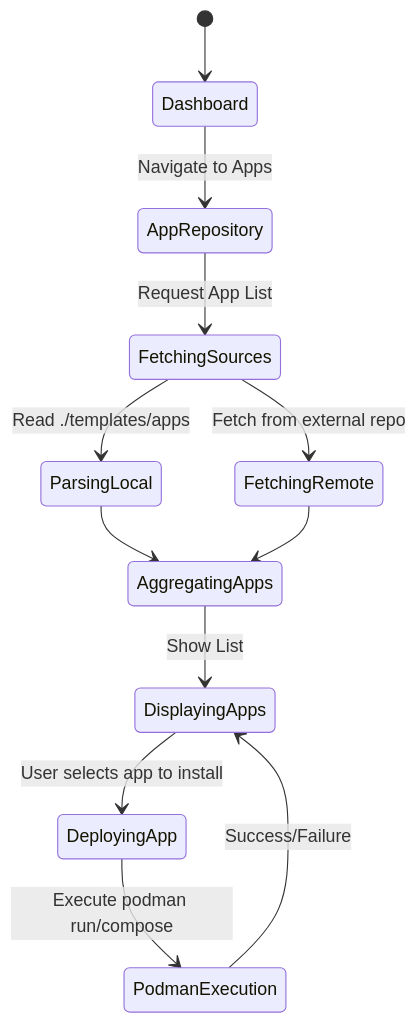
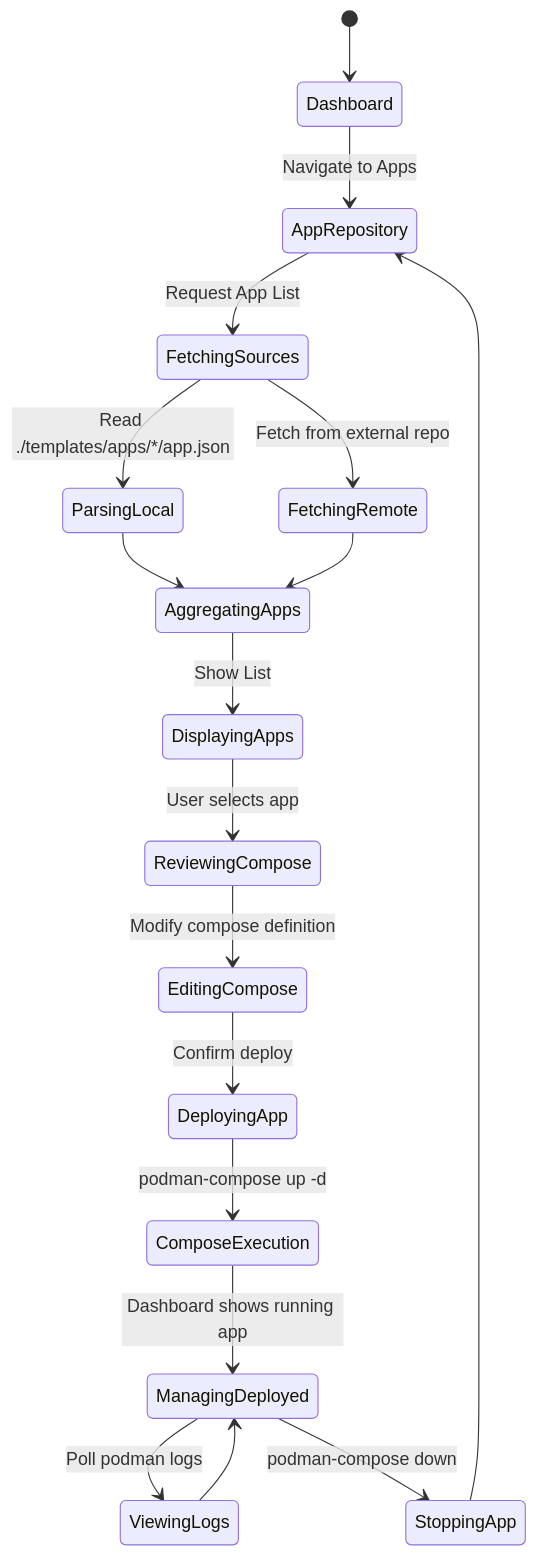
The second of 3 diagrams in report/srs.md (sounddrill31/NASy-Peasy-Dashboard), drawn with Mermaid before and after one commit. The commit also changed other lines of this file and 14 other files, not shown here.

````diff
--- a/report/srs.md
+++ b/report/srs.md
@@ -54,14 +54,20 @@
 ```mermaid
 stateDiagram-v2
     [*] --> Dashboard
     Dashboard --> AppRepository: Navigate to Apps
     AppRepository --> FetchingSources: Request App List
-    FetchingSources --> ParsingLocal: Read ./templates/apps
+    FetchingSources --> ParsingLocal: Read ./templates/apps/*/app.json
     FetchingSources --> FetchingRemote: Fetch from external repo
     ParsingLocal --> AggregatingApps
     FetchingRemote --> AggregatingApps
     AggregatingApps --> DisplayingApps: Show List
-    DisplayingApps --> DeployingApp: User selects app to install
-    DeployingApp --> PodmanExecution: Execute podman run/compose
-    PodmanExecution --> DisplayingApps: Success/Failure
+    DisplayingApps --> ReviewingCompose: User selects app
+    ReviewingCompose --> EditingCompose: Modify compose definition
+    EditingCompose --> DeployingApp: Confirm deploy
+    DeployingApp --> ComposeExecution: podman-compose up -d
+    ComposeExecution --> ManagingDeployed: Dashboard shows running app
+    ManagingDeployed --> ViewingLogs: Poll podman logs
+    ManagingDeployed --> StoppingApp: podman-compose down
+    StoppingApp --> AppRepository
+    ViewingLogs --> ManagingDeployed
 ```
````
